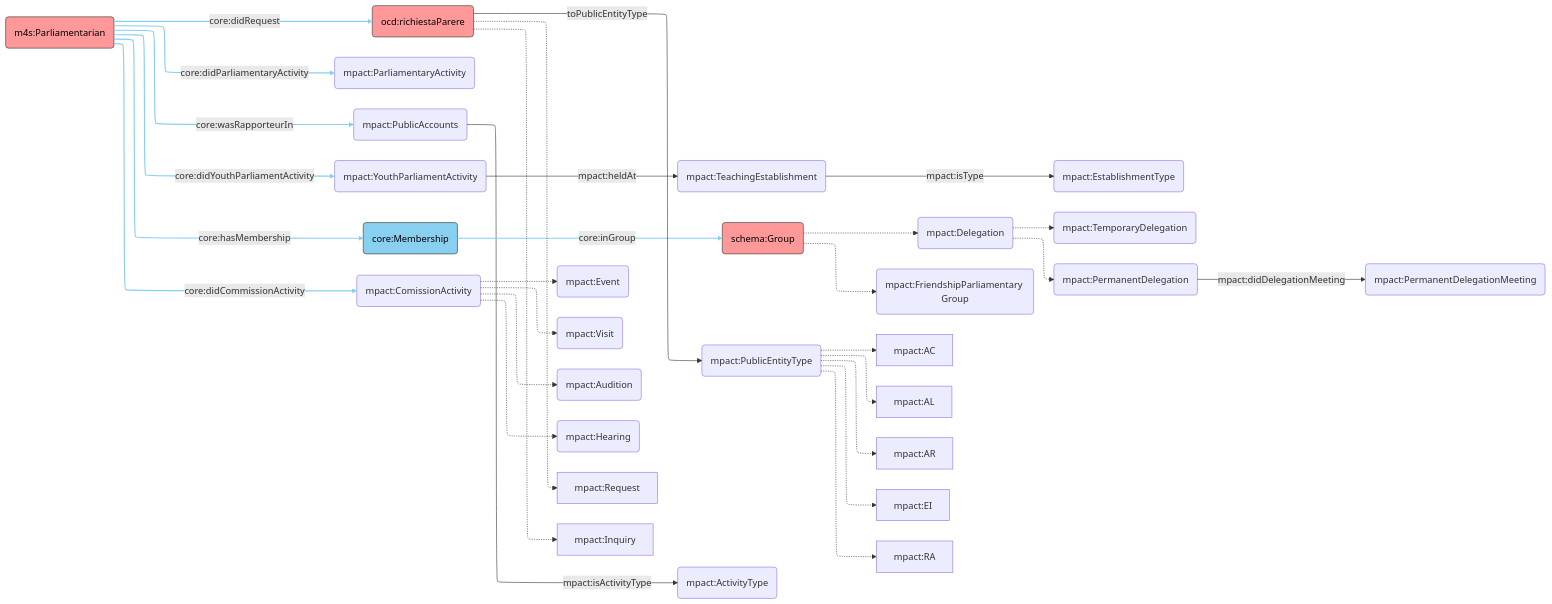
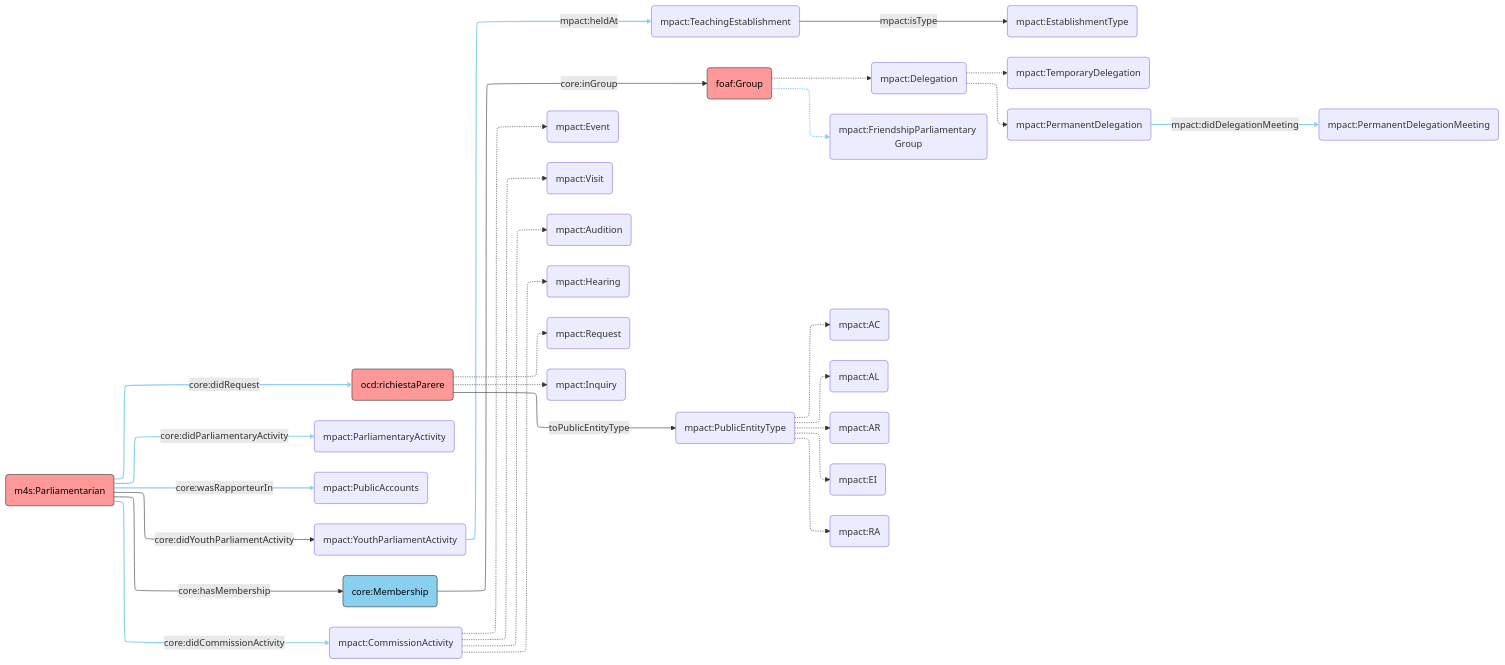
Before and after one commit to politrackpt/ontologies: the diagram in POLIS/AR/mp-activity/mp-activity.mmd, drawn with Mermaid. The commit also changed other lines of this file and 1 other file, not shown here.

Commit message:
mpact: turn activity types into subclasses of parliamentaryactivity

```diff
--- a/POLIS/AR/mp-activity/mp-activity.mmd
+++ b/POLIS/AR/mp-activity/mp-activity.mmd
@@ -1,61 +1,59 @@
 ---
 config:
   layout: elk
 ---
 flowchart LR
     MP("m4s:Parliamentarian")
     Req("ocd:richiestaParere")   
     PAct("mpact:ParliamentaryActivity")
     PE("mpact:PublicAccounts")
     Event("mpact:Event")
     Visit("mpact:Visit")
     Audition("mpact:Audition")
     Delegation("mpact:Delegation")
     Hearing("mpact:Hearing")
     YPA("mpact:YouthParliamentActivity")
     TeaEs("mpact:TeachingEstablishment")
     EsType("mpact:EstablishmentType")
     Mem("core:Membership")
     DelE("mpact:TemporaryDelegation")
     DelP("mpact:PermanentDelegation")
     FPG("mpact:FriendshipParliamentary Group")
     DelPM("mpact:PermanentDelegationMeeting")
-    ComA("mpact:ComissionActivity")
-    Group("schema:Group")
+    ComA("mpact:CommissionActivity")
+    Group("foaf:Group")
     PublicEntityType("mpact:PublicEntityType")
-    ActType(mpact:ActivityType)
 
     MP -- core:didCommissionActivity --> ComA
     ComA -.-> Hearing
     ComA -.-> Audition
     ComA -.-> Event
     ComA -.-> Visit
     MP -- core:didRequest --> Req
     MP -- core:didParliamentaryActivity --> PAct
     MP -- core:wasRapporteurIn --> PE
-    PE -- mpact:isActivityType --> ActType
     MP -- core:didYouthParliamentActivity --> YPA
     YPA -- mpact:heldAt --> TeaEs
     TeaEs -- mpact:isType --> EsType
     MP -- core:hasMembership --> Mem
     DelP -- mpact:didDelegationMeeting --> DelPM
     Mem -- core:inGroup --> Group 
     Group -.-> FPG
     Group -.->Delegation
     Delegation -.-> DelE
     Delegation -.-> DelP
-    Req -.-> mpact:Request
-    Req -.-> mpact:Inquiry
+    Req -.-> mpact:Request("mpact:Request")
+    Req -.-> mpact:Inquiry("mpact:Inquiry")
     Req -- toPublicEntityType --> PublicEntityType
-    PublicEntityType -.-> mpact:AC
-    PublicEntityType -.-> mpact:AL
-    PublicEntityType -.-> mpact:AR
-    PublicEntityType -.-> mpact:EI
-    PublicEntityType -.-> mpact:RA
+    PublicEntityType -.-> mpact:AC("mpact:AC")
+    PublicEntityType -.-> mpact:AL("mpact:AL")
+    PublicEntityType -.-> mpact:AR("mpact:AR")
+    PublicEntityType -.-> mpact:EI("mpact:EI")
+    PublicEntityType -.-> mpact:RA("mpact:RA")
     
   style MP fill:#FF9999,stroke:#333,color:#000
   style Req fill:#FF9999,stroke:#333,color:#000
   %%style Event fill:#90EE90,stroke:#333,color:#000
     style Mem fill:#89CFF0,stroke:#333,color:#000
  style Group fill:#FF9999,stroke:#333,color:#000
     linkStyle 0,5,6,7,9,12,14 stroke:#89CFF0,stroke-width:2px
```
